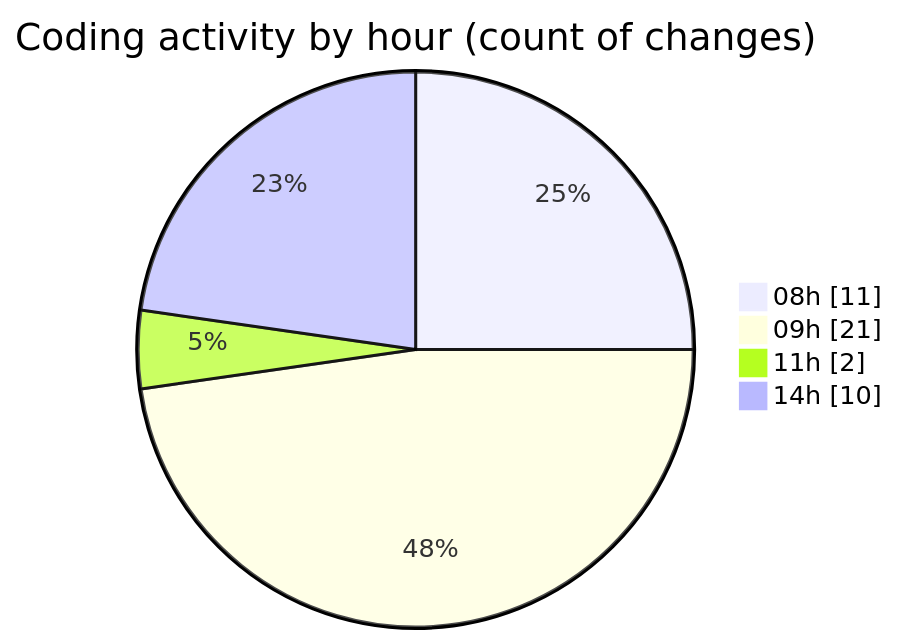
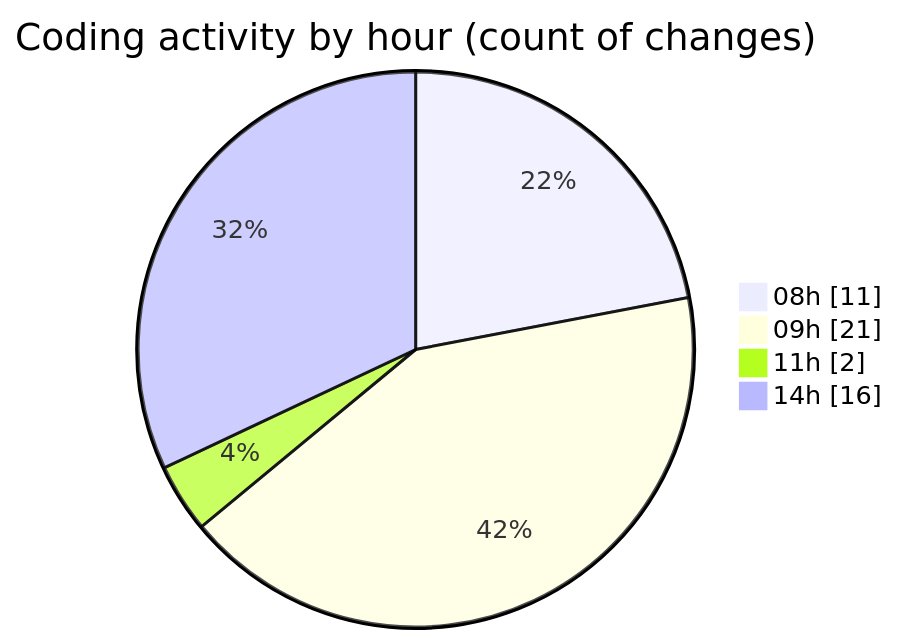
One commit to julien-gomy/code-tracking changed the second of 2 diagrams in 2025-10-13/eventscop-frontend-guide__workspace_/README.md. Above: the diagram before and after it, drawn with Mermaid. The commit also changed other lines of this file and 1 other file, not shown here.

````diff
--- a/2025-10-13/eventscop-frontend-guide__workspace_/README.md
+++ b/2025-10-13/eventscop-frontend-guide__workspace_/README.md
@@ -41,8 +47,8 @@
 ```mermaid
 pie showData
 title Coding activity by hour (count of changes)
 "08h" : 11
 "09h" : 21
 "11h" : 2
-"14h" : 10
+"14h" : 16
 ```
````
